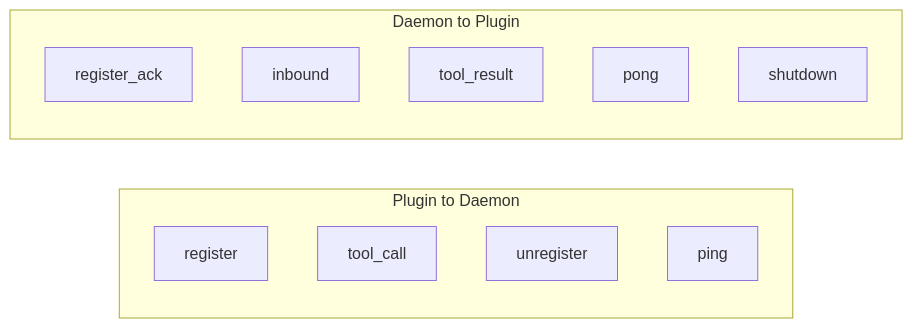
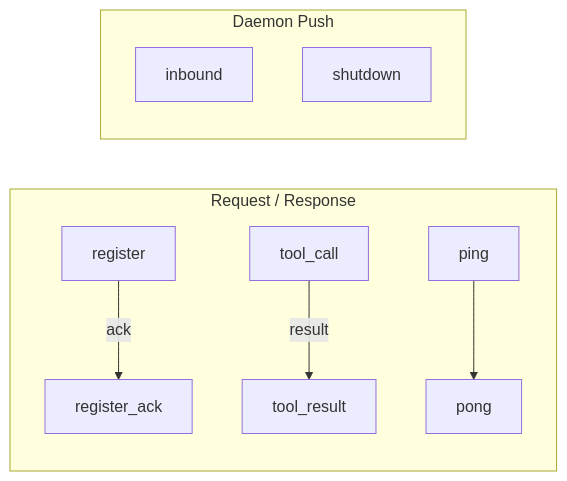
One commit to HealGaren/claude-channel-mux changed the eighth of 8 diagrams in docs/guides/architecture.md. Above: the diagram before and after it, drawn with Mermaid. The commit also changed other lines of this file, not shown here.

First line of the commit message:
docs: improve architecture diagrams

````diff
--- a/docs/guides/architecture.md
+++ b/docs/guides/architecture.md
@@ -184,17 +186,13 @@
 ```mermaid
 graph LR
-    subgraph "Plugin to Daemon"
-        R[register]
-        T[tool_call]
-        U[unregister]
-        PI[ping]
+    subgraph "Request / Response"
+        R[register] -->|ack| RA[register_ack]
+        T[tool_call] -->|result| TR[tool_result]
+        PI[ping] --> PO[pong]
     end
 
-    subgraph "Daemon to Plugin"
-        RA[register_ack]
+    subgraph "Daemon Push"
         I[inbound]
-        TR[tool_result]
-        PO[pong]
         S[shutdown]
     end
 ```
````
